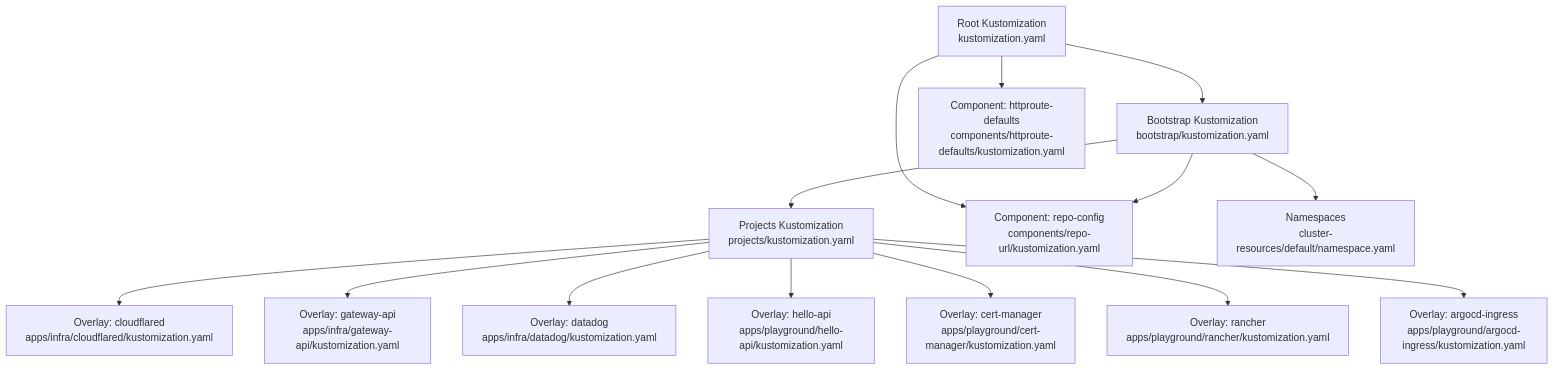
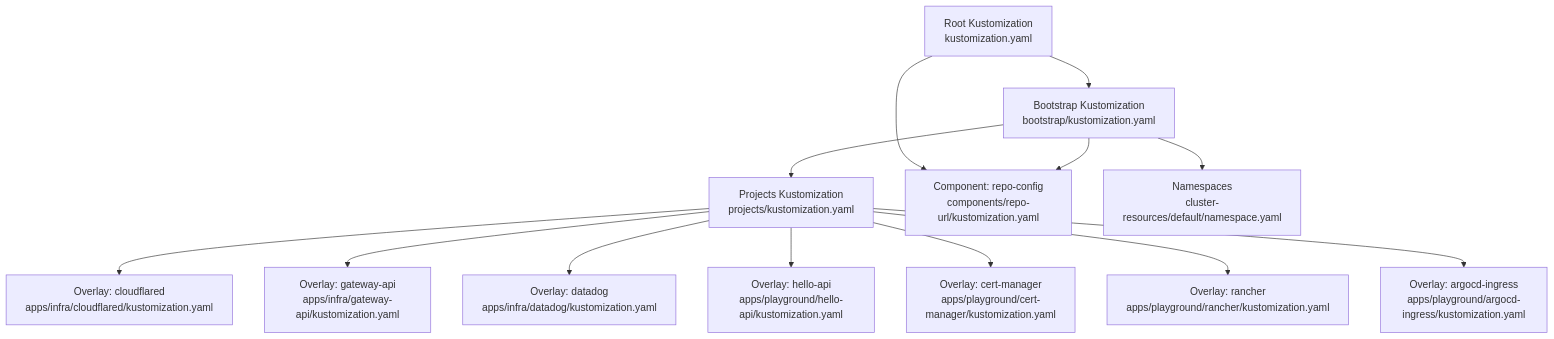
The first of 4 diagrams in .qoder/repowiki/en/content/Application Configuration/Kustomize Configuration Patterns.md (Hoangvu75/k8s_manifest), drawn with Mermaid before and after one commit. The commit also changed other lines of this file and 15 other files, not shown here.

````diff
--- a/.qoder/repowiki/en/content/Application Configuration/Kustomize Configuration Patterns.md
+++ b/.qoder/repowiki/en/content/Application Configuration/Kustomize Configuration Patterns.md
@@ -55,29 +58,27 @@
 ```mermaid
 graph TB
 root_kust["Root Kustomization<br/>kustomization.yaml"]
 bootstrap_kust["Bootstrap Kustomization<br/>bootstrap/kustomization.yaml"]
 proj_kust["Projects Kustomization<br/>projects/kustomization.yaml"]
 repo_url_comp["Component: repo-config<br/>components/repo-url/kustomization.yaml"]
-httproute_comp["Component: httproute-defaults<br/>components/httproute-defaults/kustomization.yaml"]
 infra_cloud["Overlay: cloudflared<br/>apps/infra/cloudflared/kustomization.yaml"]
 infra_gateway["Overlay: gateway-api<br/>apps/infra/gateway-api/kustomization.yaml"]
 infra_datadog["Overlay: datadog<br/>apps/infra/datadog/kustomization.yaml"]
 play_hello["Overlay: hello-api<br/>apps/playground/hello-api/kustomization.yaml"]
 play_certman["Overlay: cert-manager<br/>apps/playground/cert-manager/kustomization.yaml"]
 play_rancher["Overlay: rancher<br/>apps/playground/rancher/kustomization.yaml"]
 play_ingress["Overlay: argocd-ingress<br/>apps/playground/argocd-ingress/kustomization.yaml"]
 ns_default["Namespaces<br/>cluster-resources/default/namespace.yaml"]
 root_kust --> bootstrap_kust
 root_kust --> repo_url_comp
-root_kust --> httproute_comp
 bootstrap_kust --> repo_url_comp
 bootstrap_kust --> ns_default
 bootstrap_kust --> proj_kust
 proj_kust --> infra_cloud
 proj_kust --> infra_gateway
 proj_kust --> infra_datadog
 proj_kust --> play_hello
 proj_kust --> play_certman
 proj_kust --> play_rancher
 proj_kust --> play_ingress
 ```
````
